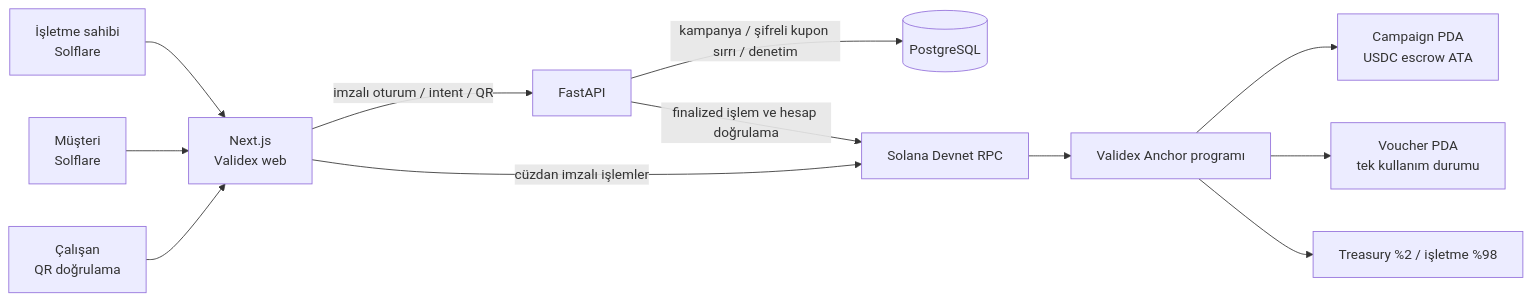
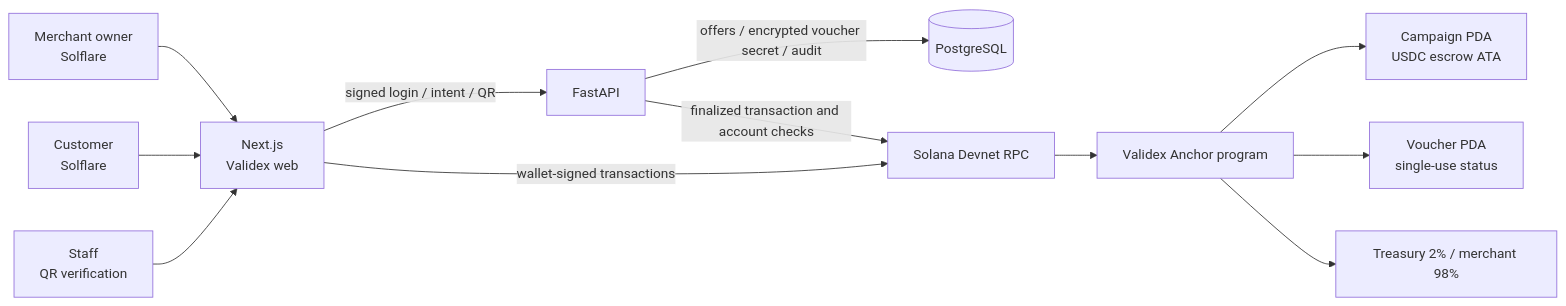
Before and after one commit to BerzanBaran/Validex: the diagram in docs/hackathon-submission.md, drawn with Mermaid. The commit also changed other lines of this file and 53 other files, not shown here.

Commit message:
Prepare Validex Devnet deployment and demo flow

````diff
--- a/docs/hackathon-submission.md
+++ b/docs/hackathon-submission.md
@@ -20,14 +20,14 @@
 ```mermaid
 flowchart LR
-  M["İşletme sahibi<br/>Solflare"] --> W["Next.js<br/>Validex web"]
-  C["Müşteri<br/>Solflare"] --> W
-  S["Çalışan<br/>QR doğrulama"] --> W
-  W -->|imzalı oturum / intent / QR| A[FastAPI]
-  A -->|kampanya / şifreli kupon sırrı / denetim| D[(PostgreSQL)]
-  W -->|cüzdan imzalı işlemler| R[Solana Devnet RPC]
-  A -->|finalized işlem ve hesap doğrulama| R
-  R --> P[Validex Anchor programı]
+  M["Merchant owner<br/>Solflare"] --> W["Next.js<br/>Validex web"]
+  C["Customer<br/>Solflare"] --> W
+  S["Staff<br/>QR verification"] --> W
+  W -->|signed login / intent / QR| A[FastAPI]
+  A -->|offers / encrypted voucher secret / audit| D[(PostgreSQL)]
+  W -->|wallet-signed transactions| R[Solana Devnet RPC]
+  A -->|finalized transaction and account checks| R
+  R --> P[Validex Anchor program]
   P --> E["Campaign PDA<br/>USDC escrow ATA"]
-  P --> V["Voucher PDA<br/>tek kullanım durumu"]
-  P --> T[Treasury %2 / işletme %98]
+  P --> V["Voucher PDA<br/>single-use status"]
+  P --> T[Treasury 2% / merchant 98%]
 ```
````
